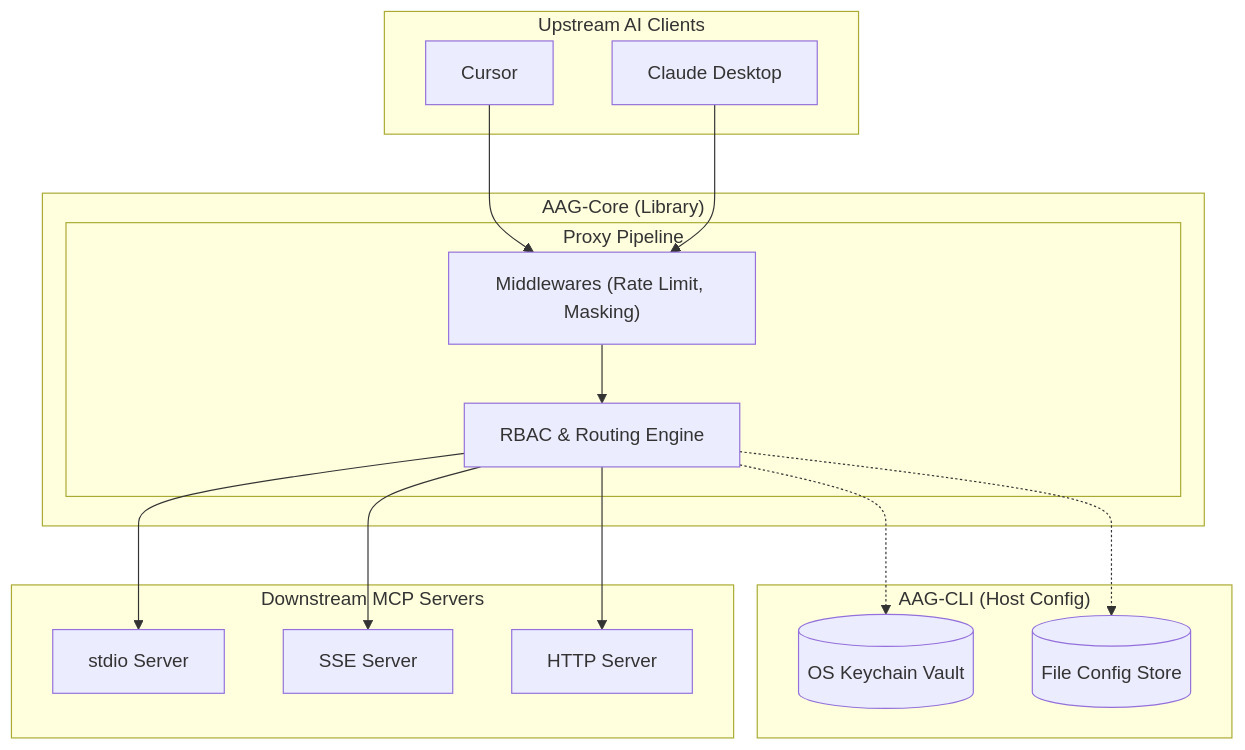
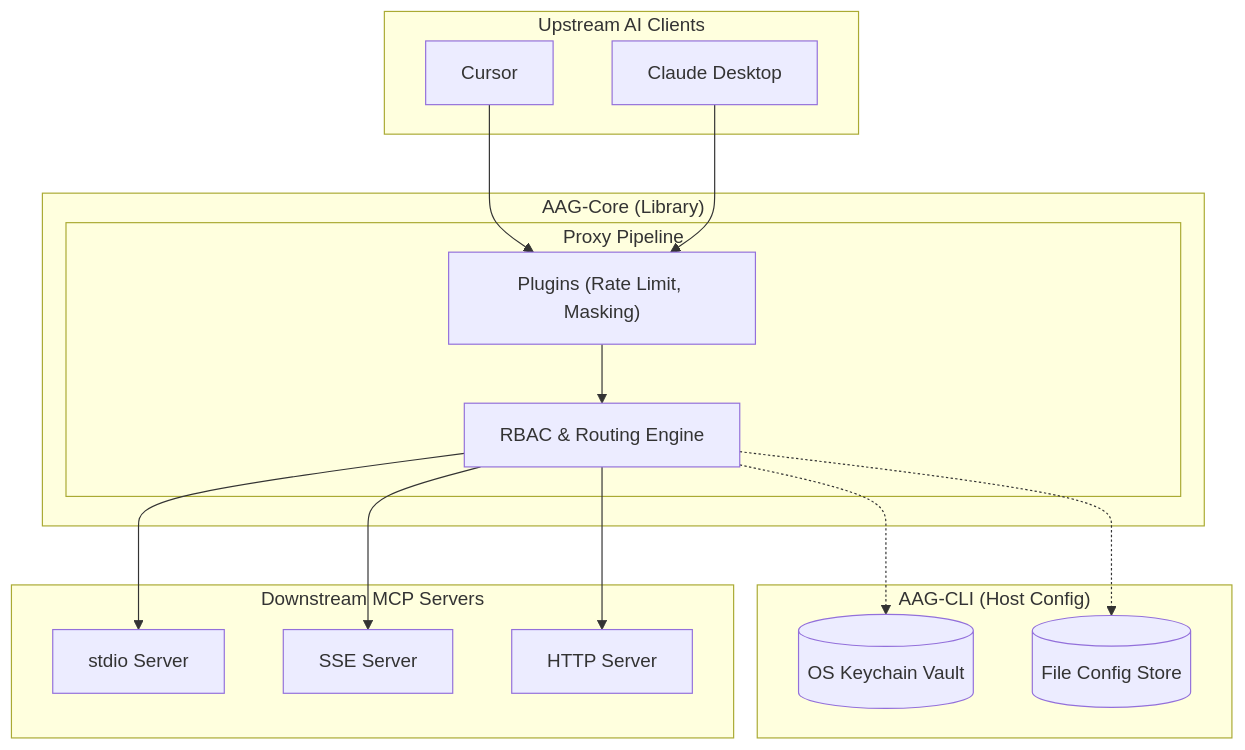
Before and after one commit to Cyber-Sec-Space/ai-auth-gateway: the first of 3 diagrams in ARCHITECTURE.md, drawn with Mermaid. The commit also changed other lines of this file and 3 other files, not shown here.

Commit message:
docs: adapt architecture diagrams and examples to v2.1.0 plugin ecosystem

````diff
--- a/ARCHITECTURE.md
+++ b/ARCHITECTURE.md
@@ -11,36 +11,36 @@
 ```mermaid
 flowchart TD
     subgraph client ["Upstream AI Clients"]
         cursor["Cursor"]
         claude["Claude Desktop"]
     end
 
     subgraph cli ["AAG-CLI (Host Config)"]
         vault[("OS Keychain Vault")]
         config[("File Config Store")]
     end
 
     subgraph gateway ["AAG-Core (Library)"]
         subgraph proxy_p ["Proxy Pipeline"]
-            mw["Middlewares (Rate Limit, Masking)"]
+            mw["Plugins (Rate Limit, Masking)"]
             rbac["RBAC & Routing Engine"]
             mw --> rbac
         end
     end
 
     subgraph downstream ["Downstream MCP Servers"]
         local_s["stdio Server"]
         github_s["SSE Server"]
         remote_s["HTTP Server"]
     end
 
     cursor --> mw
     claude --> mw
 
     rbac --> local_s
     rbac --> github_s
     rbac --> remote_s
 
     rbac -.-> config
     rbac -.-> vault
 ```
````
